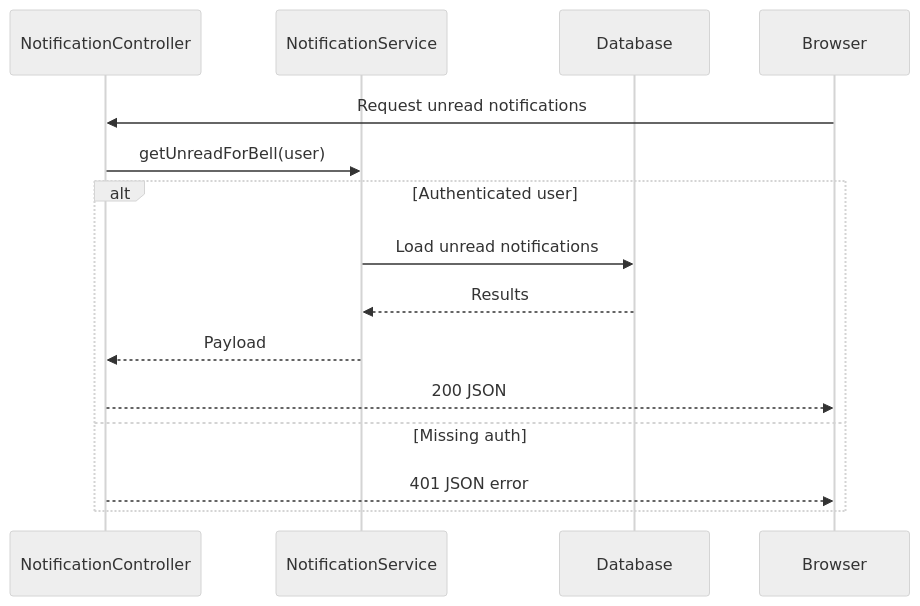
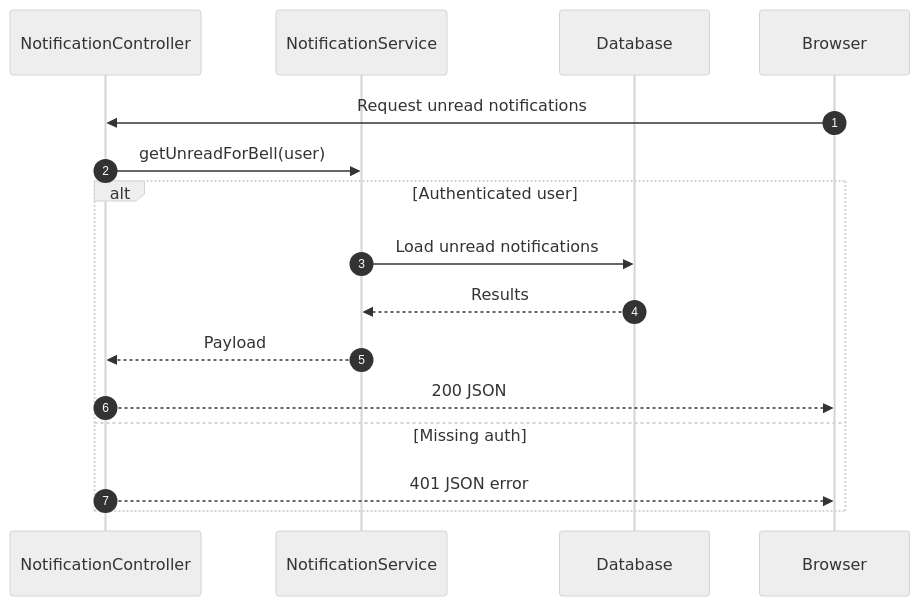
Before and after one commit to exatfrds67/umamusume-career-planner: the second of 2 diagrams in docs/01-sequences/SEQ-008_Notification_Delivery.md, drawn with Mermaid (neutral theme). The commit also changed other lines of this file and 62 other files, not shown here.

````diff
--- a/docs/01-sequences/SEQ-008_Notification_Delivery.md
+++ b/docs/01-sequences/SEQ-008_Notification_Delivery.md
@@ -344,19 +345,20 @@
 ```mermaid
 sequenceDiagram
+    autonumber
     participant API as NotificationController
     participant Service as NotificationService
     participant DB as Database
     participant Browser
 
     Browser->>API: Request unread notifications
     API->>Service: getUnreadForBell(user)
 
     alt Authenticated user
         Service->>DB: Load unread notifications
         DB-->>Service: Results
         Service-->>API: Payload
         API-->>Browser: 200 JSON
     else Missing auth
         API-->>Browser: 401 JSON error
     end
 ```
````
